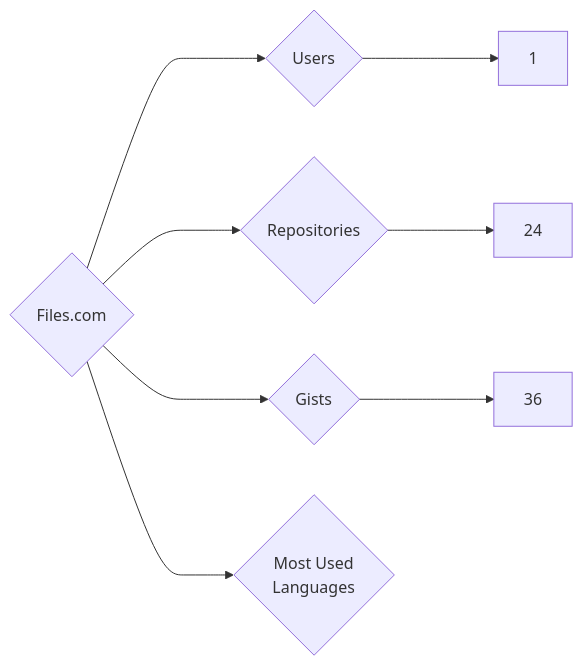
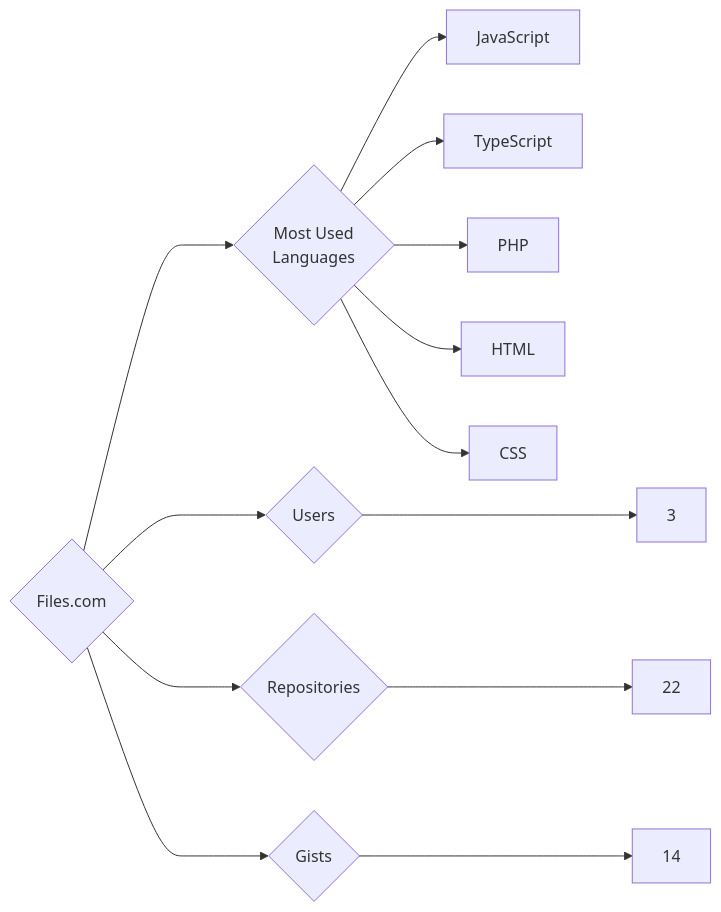
The diagram in targets/Files.com/README.md (trickest/insiders), drawn with Mermaid before and after one commit. The commit also changed 775 other files, not shown here.

````diff
--- a/targets/Files.com/README.md
+++ b/targets/Files.com/README.md
@@ -3,8 +3,13 @@
 ```mermaid
 graph LR
 COMPANY_NAME{Files.com}
-COMPANY_NAME ---> U{Users} ---> UN[1]
-COMPANY_NAME ---> R{Repositories} ---> RN[24]
-COMPANY_NAME ---> G{Gists} ---> GN[36]
+COMPANY_NAME ---> U{Users} ---> UN[3]
+COMPANY_NAME ---> R{Repositories} ---> RN[22]
+COMPANY_NAME ---> G{Gists} ---> GN[14]
 COMPANY_NAME ---> ML{Most Used<br>Languages}
+ML --> JavaScript[JavaScript]
+ML --> TypeScript[TypeScript]
+ML --> PHP[PHP]
+ML --> HTML[HTML]
+ML --> CSS[CSS]
 ```
````
